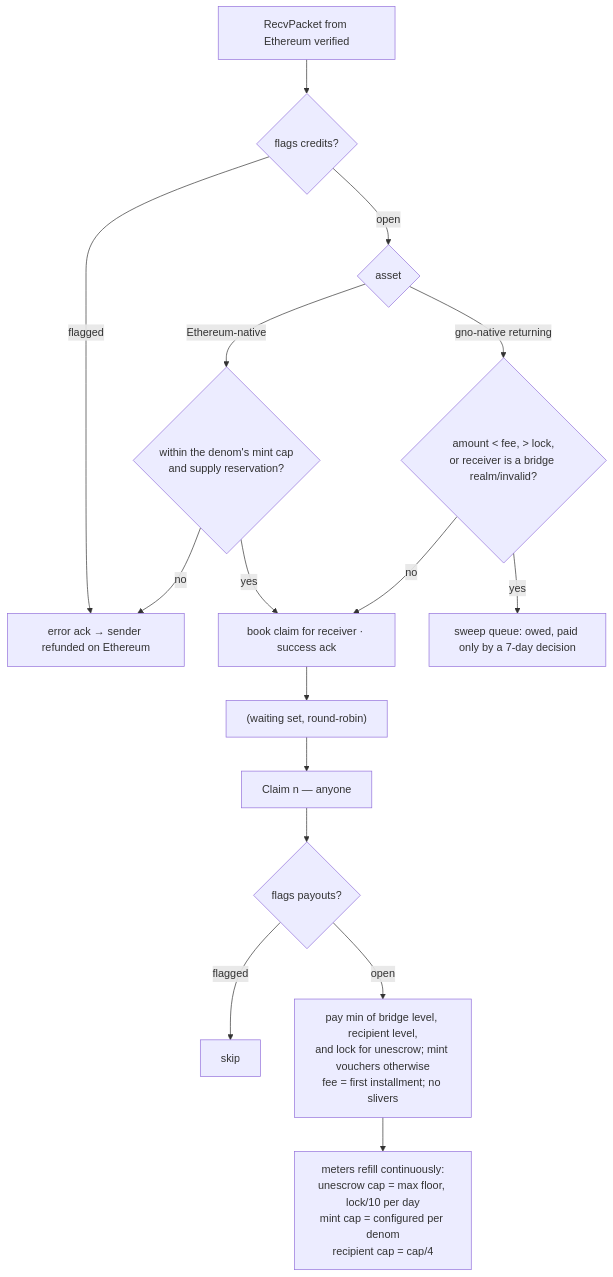
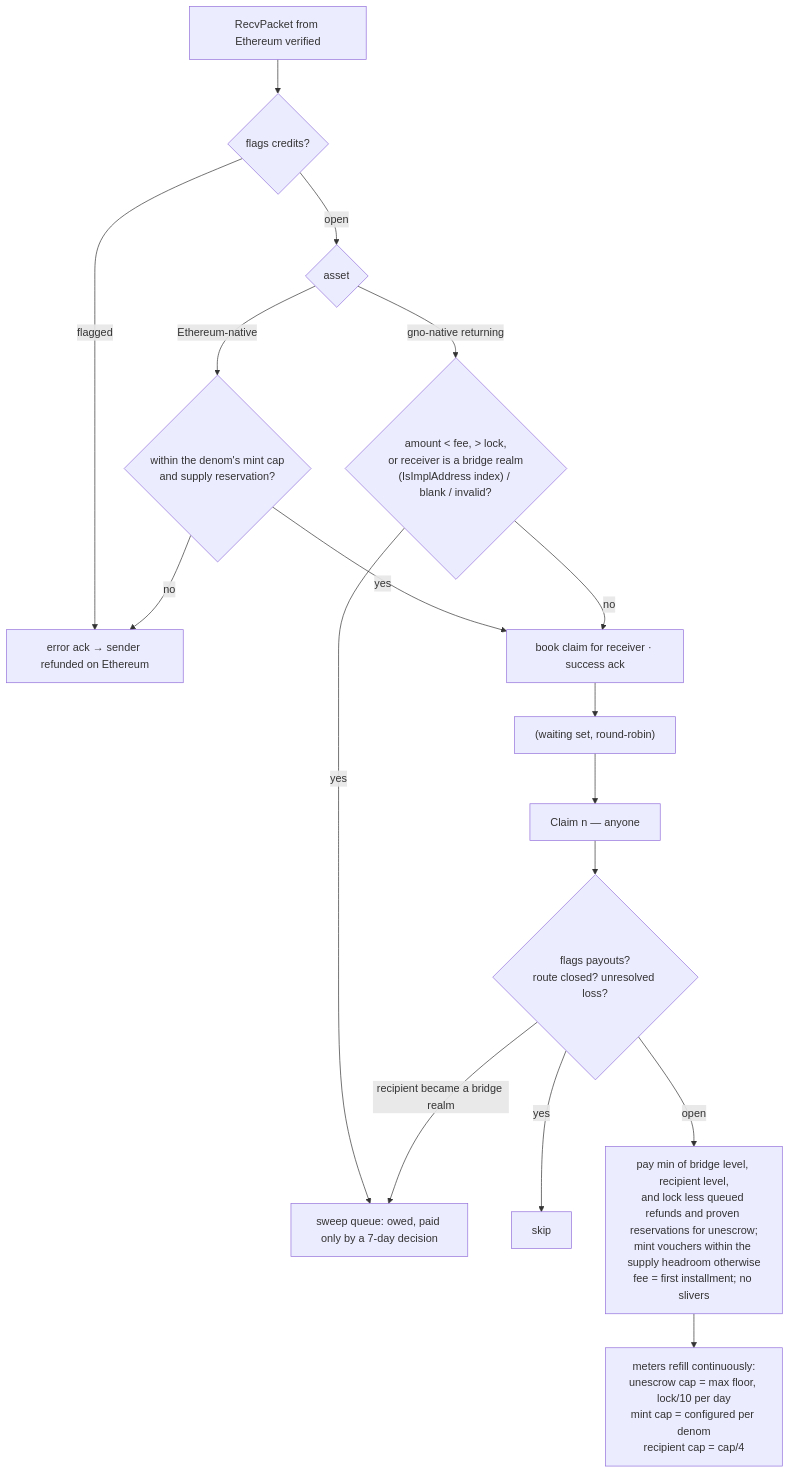
The ninth of 13 diagrams in gno.land/adr/pr6375_ibc_ethereum.md (gnolang/gno), drawn with Mermaid before and after one commit. The commit also changed other lines of this file, not shown here.

First line of the commit message:
docs(adr): align the Ethereum IBC ADR with the implemented gno.land and Ethereum controls

````diff
--- a/gno.land/adr/pr6375_ibc_ethereum.md
+++ b/gno.land/adr/pr6375_ibc_ethereum.md
@@ -574,18 +668,19 @@
 ```mermaid
 flowchart TD
   RX[RecvPacket from Ethereum verified] --> F{flags credits?}
   F -- flagged --> ERR[error ack → sender refunded on Ethereum]
   F -- open --> KIND{asset}
-  KIND -- gno-native returning --> SW{amount < fee, > lock,<br/>or receiver is a bridge realm/invalid?}
+  KIND -- gno-native returning --> SW{"amount < fee, > lock,<br/>or receiver is a bridge realm<br/>(IsImplAddress index) / blank / invalid?"}
   KIND -- Ethereum-native --> MC{within the denom's mint cap<br/>and supply reservation?}
   MC -- no --> ERR
   MC -- yes --> CL
   SW -- yes --> SWEEP[sweep queue: owed, paid only by a 7-day decision]
   SW -- no --> CL[book claim for receiver · success ack]
   CL --> WQ["(waiting set, round-robin)"]
   WQ --> CLAIM[Claim n — anyone]
-  CLAIM --> PF{flags payouts?}
-  PF -- flagged --> STOP[skip]
-  PF -- open --> PAY[pay min of bridge level, recipient level,<br/>and lock for unescrow; mint vouchers otherwise<br/>fee = first installment; no slivers]
+  CLAIM --> PF{"flags payouts?<br/>route closed? unresolved loss?"}
+  PF -- yes --> STOP[skip]
+  PF -- "recipient became a bridge realm" --> SWEEP
+  PF -- open --> PAY[pay min of bridge level, recipient level,<br/>and lock less queued refunds and proven reservations for unescrow;<br/>mint vouchers within the supply headroom otherwise<br/>fee = first installment; no slivers]
   PAY --> REF[meters refill continuously:<br/>unescrow cap = max floor, lock/10 per day<br/>mint cap = configured per denom<br/>recipient cap = cap/4]
 ```
````
